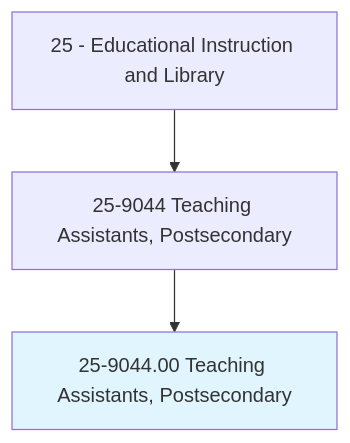
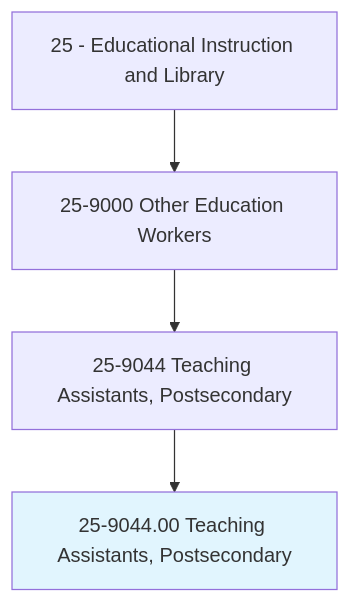
One commit to kziemski/business.org.ai changed the first of 4 diagrams in occupations/Education/TeachingAssistantsPostsecondary.mdx. Above: the diagram before and after it, drawn with Mermaid. The commit also changed other lines of this file and 938 other files, not shown here.

````diff
--- a/occupations/Education/TeachingAssistantsPostsecondary.mdx
+++ b/occupations/Education/TeachingAssistantsPostsecondary.mdx
@@ -19,6 +23,7 @@
 ```mermaid
 graph TD
-    Cat25["25 - Educational Instruction and Library"] --> Group259044["25-9044 Teaching Assistants, Postsecondary"]
+    Cat25["25 - Educational Instruction and Library"] --> Group259["25-9000 Other Education Workers"]
+    Group259 --> Group259044["25-9044 Teaching Assistants, Postsecondary"]
     Group259044 --> Current["25-9044.00 Teaching Assistants, Postsecondary"]
     style Current fill:#e1f5fe
 ```
````
